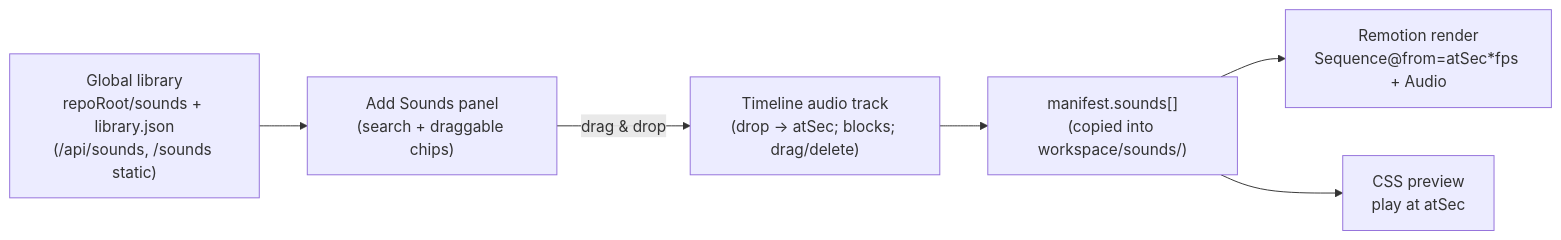
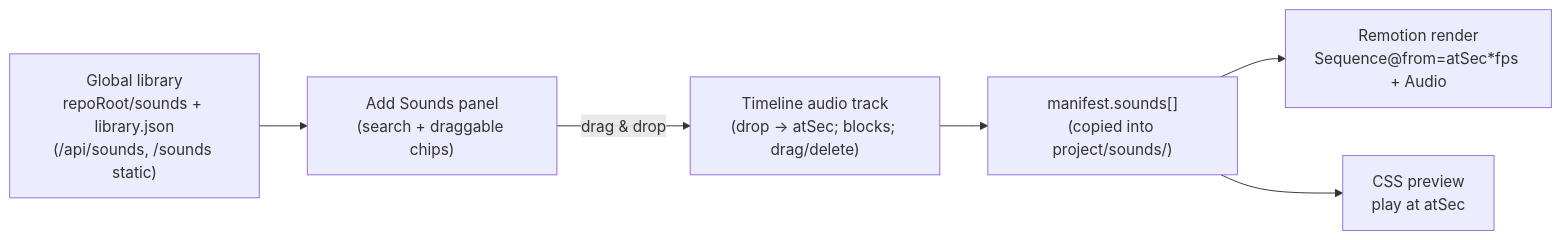
One commit to KunalMehra075/Alpha-shorts changed the diagram in docs/timeline-sound-effects.md. Above: the diagram before and after it, drawn with Mermaid. The commit also changed other lines of this file and 55 other files, not shown here.

````diff
--- a/docs/timeline-sound-effects.md
+++ b/docs/timeline-sound-effects.md
@@ -40,12 +40,12 @@
 ```mermaid
 flowchart LR
   GL["Global library<br/>repoRoot/sounds + library.json<br/>(/api/sounds, /sounds static)"]
   AP["Add Sounds panel<br/>(search + draggable chips)"]
   BAR["Timeline audio track<br/>(drop → atSec; blocks; drag/delete)"]
-  MAN["manifest.sounds[]<br/>(copied into workspace/sounds/)"]
+  MAN["manifest.sounds[]<br/>(copied into project/sounds/)"]
   RENDER["Remotion render<br/>Sequence@from=atSec*fps + Audio"]
   PREV["CSS preview<br/>play at atSec"]
   GL --> AP -->|drag & drop| BAR --> MAN
   MAN --> RENDER
   MAN --> PREV
 ```
````
